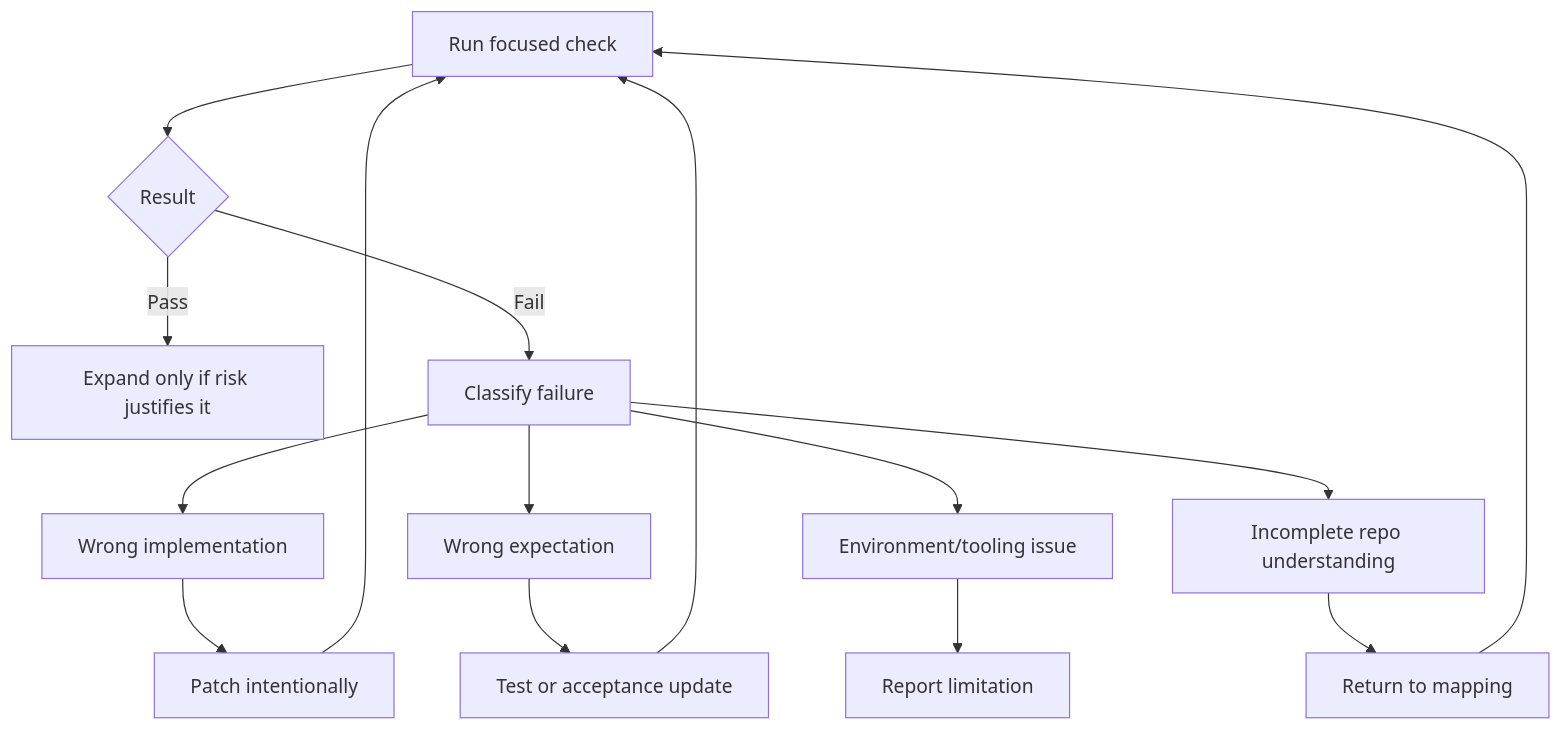
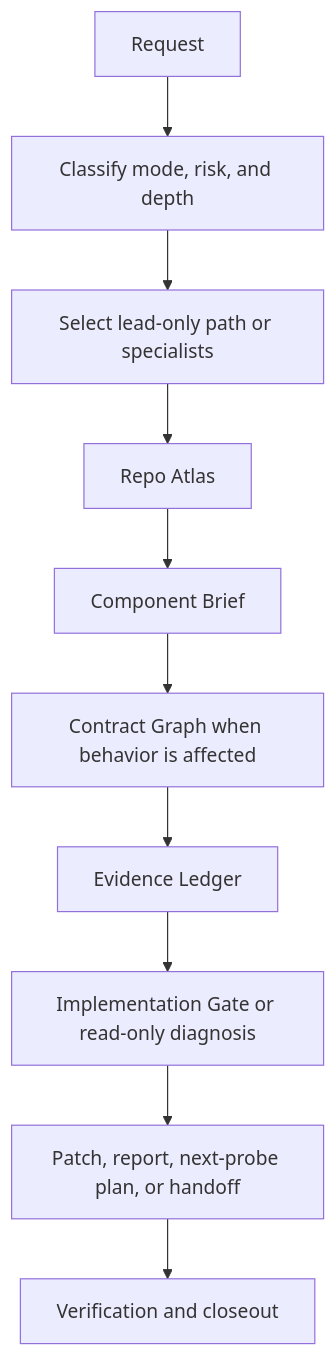
Before and after one commit to daeon/EngineeringTeam: the diagram in docs/workflow.md, drawn with Mermaid. The commit also changed other lines of this file and 4 other files, not shown here.

````diff
--- a/docs/workflow.md
+++ b/docs/workflow.md
@@ -200,17 +23,12 @@
 ```mermaid
-flowchart TD
-    check[Run focused check] --> result{Result}
-    result -->|Pass| expand[Expand only if risk justifies it]
-    result -->|Fail| classify[Classify failure]
-    classify --> impl[Wrong implementation]
-    classify --> expectation[Wrong expectation]
-    classify --> env[Environment/tooling issue]
-    classify --> understanding[Incomplete repo understanding]
-    impl --> patch[Patch intentionally]
-    expectation --> adjust[Test or acceptance update]
-    env --> report[Report limitation]
-    understanding --> map[Return to mapping]
-    patch --> check
-    adjust --> check
-    map --> check
+flowchart TB
+    request[Request] --> classify[Classify mode, risk, and depth]
+    classify --> route[Select lead-only path or specialists]
+    route --> atlas[Repo Atlas]
+    atlas --> brief[Component Brief]
+    brief --> contracts[Contract Graph when behavior is affected]
+    contracts --> evidence[Evidence Ledger]
+    evidence --> gate[Implementation Gate or read-only diagnosis]
+    gate --> outcome[Patch, report, next-probe plan, or handoff]
+    outcome --> verify[Verification and closeout]
 ```
````
